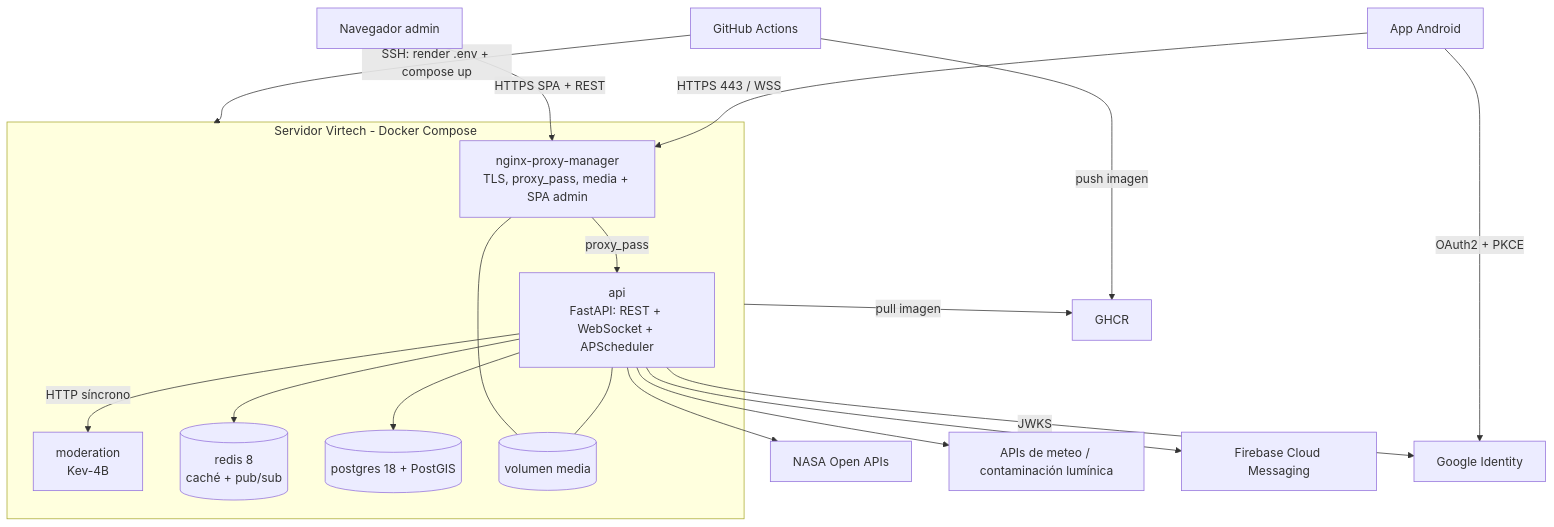
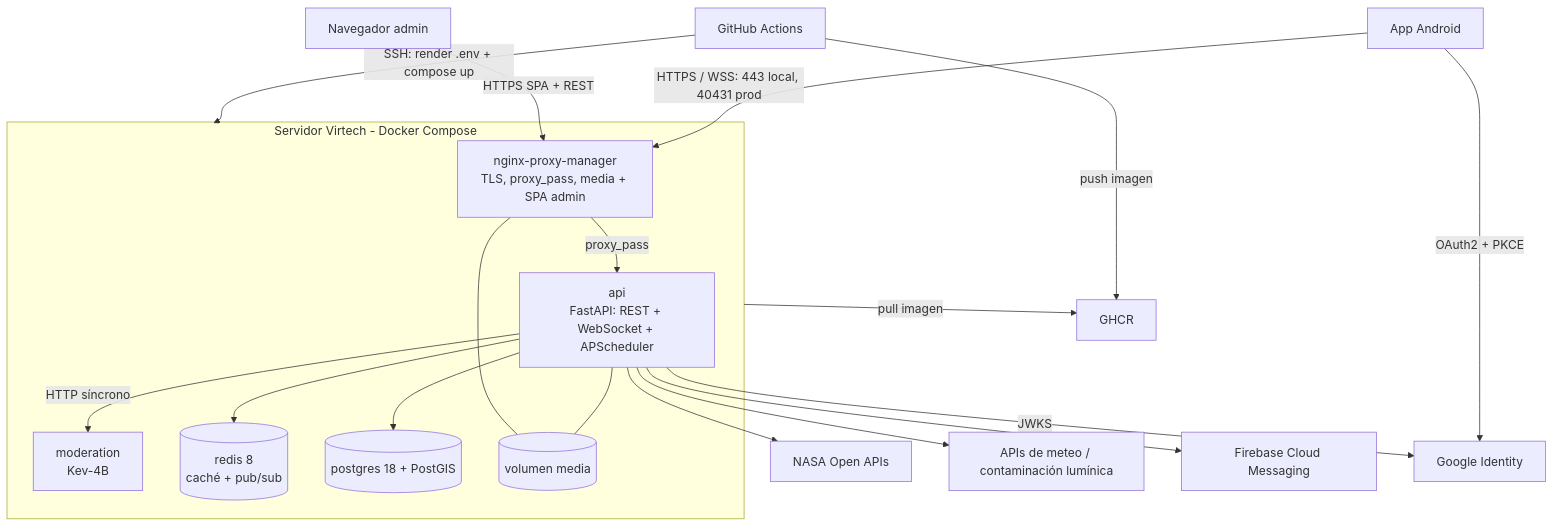
One commit to pes2627q1-21-gei-upc/perseida changed the diagram in infra/README.es.md. Above: the diagram before and after it, drawn with Mermaid. The commit also changed other lines of this file and 4 other files, not shown here.

````diff
--- a/infra/README.es.md
+++ b/infra/README.es.md
@@ -13,27 +13,27 @@
 ```mermaid
 flowchart TB
-    PHONE[App Android] -- HTTPS 443 / WSS --> NPM
+    PHONE[App Android] -- HTTPS / WSS: 443 local, 40431 prod --> NPM
     ADMIN[Navegador admin] -- HTTPS SPA + REST --> NPM
     subgraph VIRTECH[Servidor Virtech - Docker Compose]
         NPM[nginx-proxy-manager<br/>TLS, proxy_pass, media + SPA admin]
         API[api<br/>FastAPI: REST + WebSocket + APScheduler]
         MOD[moderation<br/>Kev-4B]
         REDIS[(redis 8<br/>caché + pub/sub)]
         PG[(postgres 18 + PostGIS)]
         VOL[(volumen media)]
         NPM -- proxy_pass --> API
         API -- HTTP síncrono --> MOD
         API --> REDIS
         API --> PG
         API --- VOL
         NPM --- VOL
     end
     API --> NASA[NASA Open APIs]
     API --> OTHER[APIs de meteo / contaminación lumínica]
     API --> FCM[Firebase Cloud Messaging]
     PHONE -- OAuth2 + PKCE --> GOOGLE[Google Identity]
     API -- JWKS --> GOOGLE
     GHA[GitHub Actions] -- push imagen --> GHCR[GHCR]
     GHA -- SSH: render .env + compose up --> VIRTECH
     VIRTECH -- pull imagen --> GHCR
 ```
````
